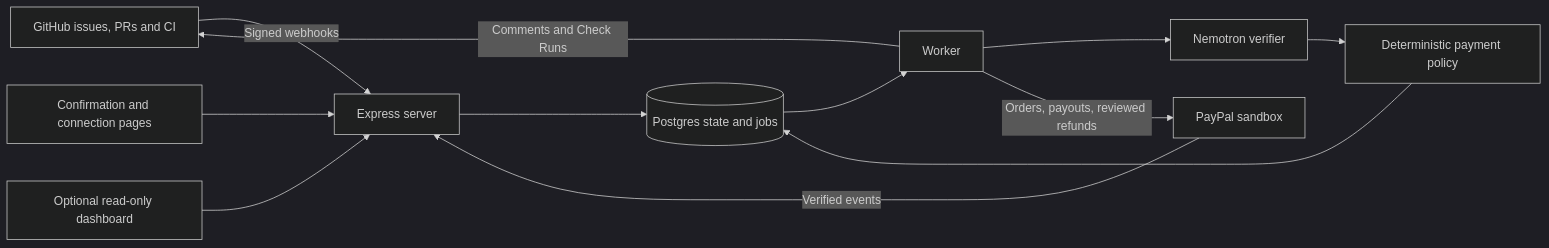
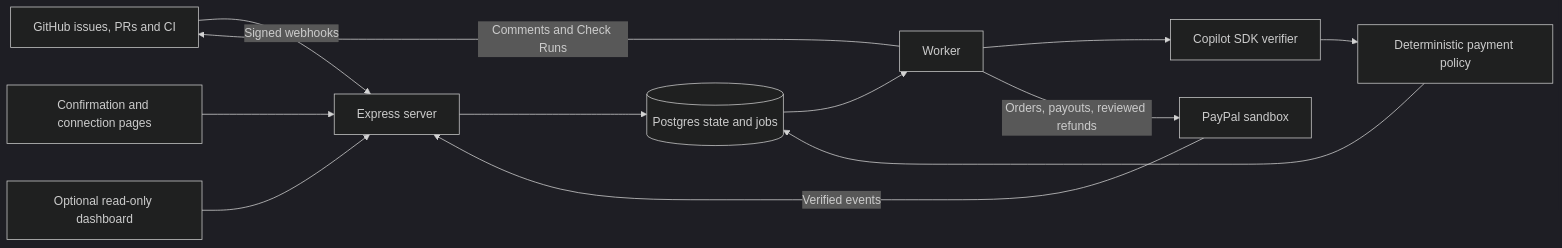
The diagram in README.md (Me-cha/repopay), drawn with Mermaid (dark theme) before and after one commit. The commit also changed other lines of this file and 134 other files, not shown here.

````diff
--- a/README.md
+++ b/README.md
@@ -52,14 +54,14 @@
 ```mermaid
 flowchart LR
     GH[GitHub issues, PRs and CI] -->|Signed webhooks| API[Express server]
     PP[PayPal sandbox] -->|Verified events| API
     API --> DB[(Postgres state and jobs)]
     DB --> W[Worker]
-    W --> AI[Nemotron verifier]
+    W --> AI[Copilot SDK verifier]
     AI --> P[Deterministic payment policy]
     P --> DB
     W -->|Orders, payouts, reviewed refunds| PP
     W -->|Comments and Check Runs| GH
     UI[Confirmation and connection pages] --> API
     VIEW[Optional read-only dashboard] --> API
 ```
````
